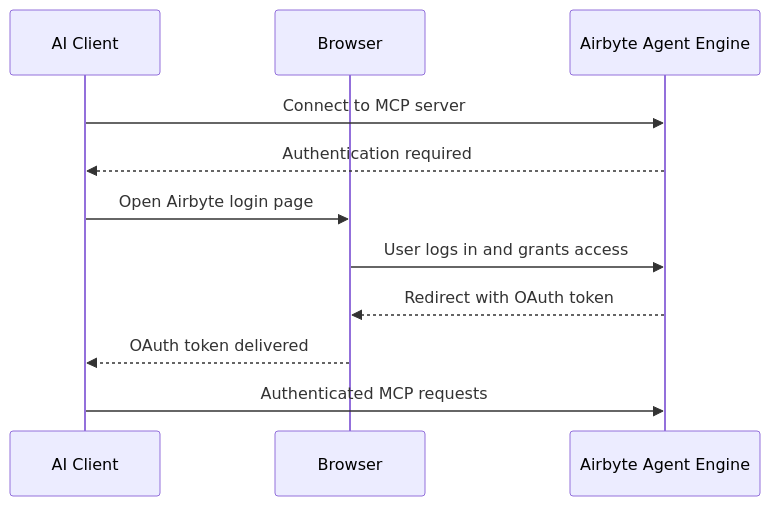
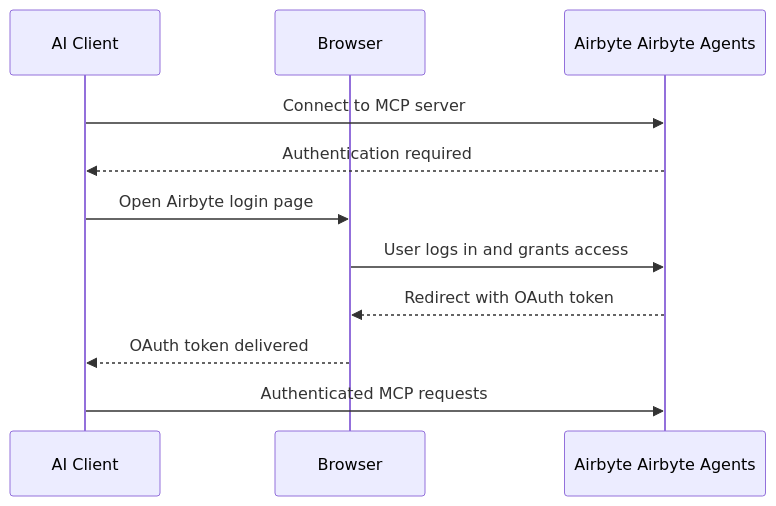
The first of 2 diagrams in docs/ai-agents/mcp-server/readme.md (airbytehq/airbyte), drawn with Mermaid before and after one commit. The commit also changed other lines of this file and 18 other files, not shown here.

Commit message:
Rename Agent Engine to Airbyte Agents

````diff
--- a/docs/ai-agents/mcp-server/readme.md
+++ b/docs/ai-agents/mcp-server/readme.md
@@ -257,14 +257,14 @@
 ```mermaid
 sequenceDiagram
     participant Client as AI Client
     participant Browser as Browser
-    participant Airbyte as Airbyte Agent Engine
+    participant Airbyte as Airbyte Airbyte Agents
 
     Client->>Airbyte: Connect to MCP server
     Airbyte-->>Client: Authentication required
     Client->>Browser: Open Airbyte login page
     Browser->>Airbyte: User logs in and grants access
     Airbyte-->>Browser: Redirect with OAuth token
     Browser-->>Client: OAuth token delivered
     Client->>Airbyte: Authenticated MCP requests
 ```
````
